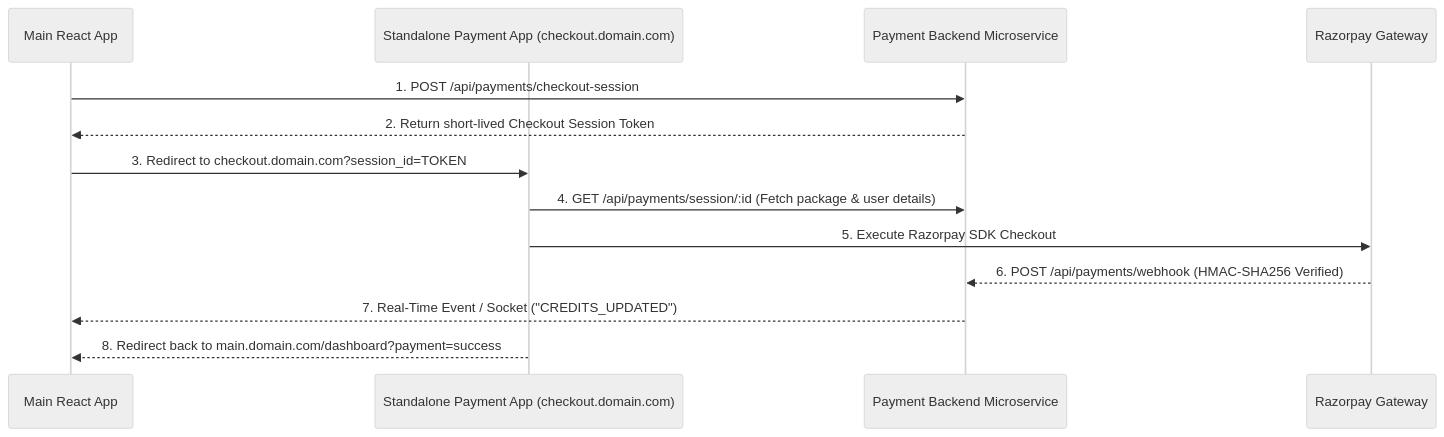
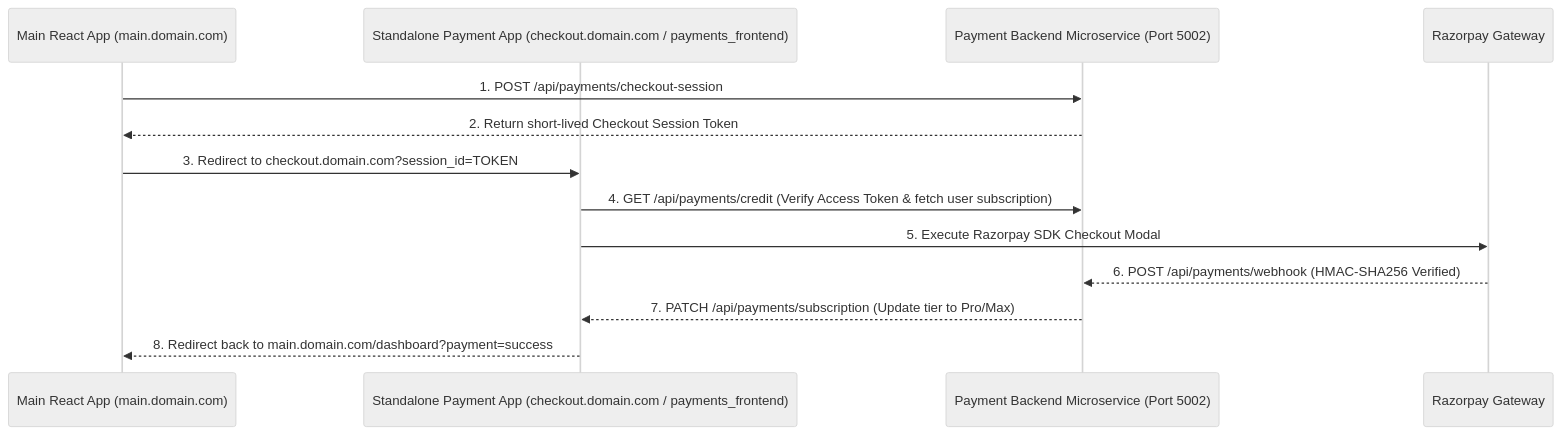
Before and after one commit to Sahil-coder-30/Capstone: the diagram in Payments/README.md, drawn with Mermaid (neutral theme). The commit also changed other lines of this file and 91 other files, not shown here.

Commit message:
feat: implement dedicated payments frontend application and integrate provider-specific subscription quota tracking

````diff
--- a/Payments/README.md
+++ b/Payments/README.md
@@ -52,16 +50,16 @@
 ```mermaid
 sequenceDiagram
-    participant MainApp as Main React App
-    participant PayApp as Standalone Payment App (checkout.domain.com)
-    participant PayService as Payment Backend Microservice
+    participant MainApp as Main React App (main.domain.com)
+    participant PayApp as Standalone Payment App (checkout.domain.com / payments_frontend)
+    participant PayService as Payment Backend Microservice (Port 5002)
     participant Gateway as Razorpay Gateway
 
     MainApp->>PayService: 1. POST /api/payments/checkout-session
     PayService-->>MainApp: 2. Return short-lived Checkout Session Token
     MainApp->>PayApp: 3. Redirect to checkout.domain.com?session_id=TOKEN
-    PayApp->>PayService: 4. GET /api/payments/session/:id (Fetch package & user details)
-    PayApp->>Gateway: 5. Execute Razorpay SDK Checkout
+    PayApp->>PayService: 4. GET /api/payments/credit (Verify Access Token & fetch user subscription)
+    PayApp->>Gateway: 5. Execute Razorpay SDK Checkout Modal
     Gateway-->>PayService: 6. POST /api/payments/webhook (HMAC-SHA256 Verified)
-    PayService-->>MainApp: 7. Real-Time Event / Socket ("CREDITS_UPDATED")
+    PayService-->>PayApp: 7. PATCH /api/payments/subscription (Update tier to Pro/Max)
     PayApp-->>MainApp: 8. Redirect back to main.domain.com/dashboard?payment=success
 ```
````
